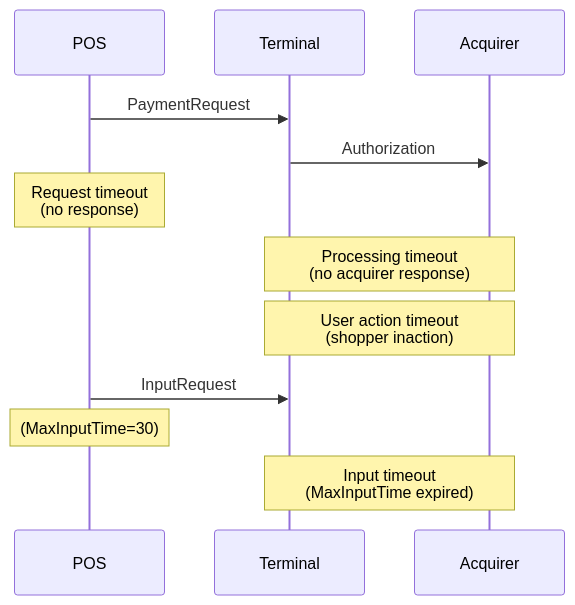
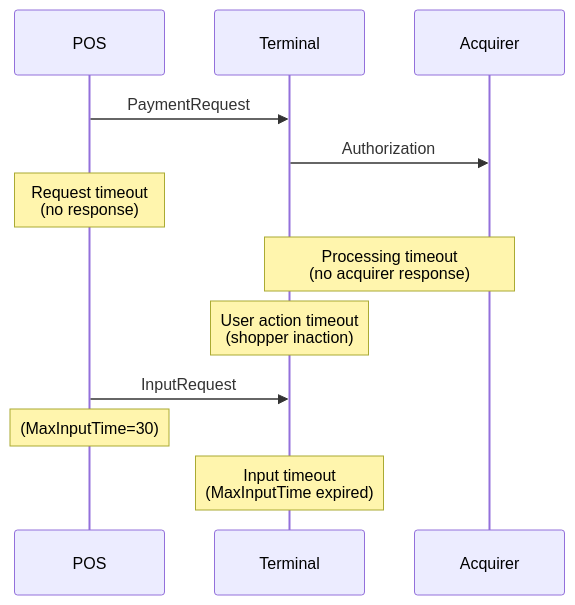
The diagram in docs/timeout-handling.md (biltrewards/bilt-pos-sdk), drawn with Mermaid before and after one commit.

Commit message:
Keep the timeout diagram's terminal-only notes over the terminal column

````diff
--- a/docs/timeout-handling.md
+++ b/docs/timeout-handling.md
@@ -192,15 +192,15 @@
 ```mermaid
 sequenceDiagram
     participant P as POS
     participant T as Terminal
     participant A as Acquirer
 
     P->>T: PaymentRequest
     T->>A: Authorization
     Note over P: Request timeout<br/>(no response)
     Note over T,A: Processing timeout<br/>(no acquirer response)
-    Note over T,A: User action timeout<br/>(shopper inaction)
+    Note over T: User action timeout<br/>(shopper inaction)
     P->>T: InputRequest
     Note over P: (MaxInputTime=30)
-    Note over T,A: Input timeout<br/>(MaxInputTime expired)
+    Note over T: Input timeout<br/>(MaxInputTime expired)
 ```
````
